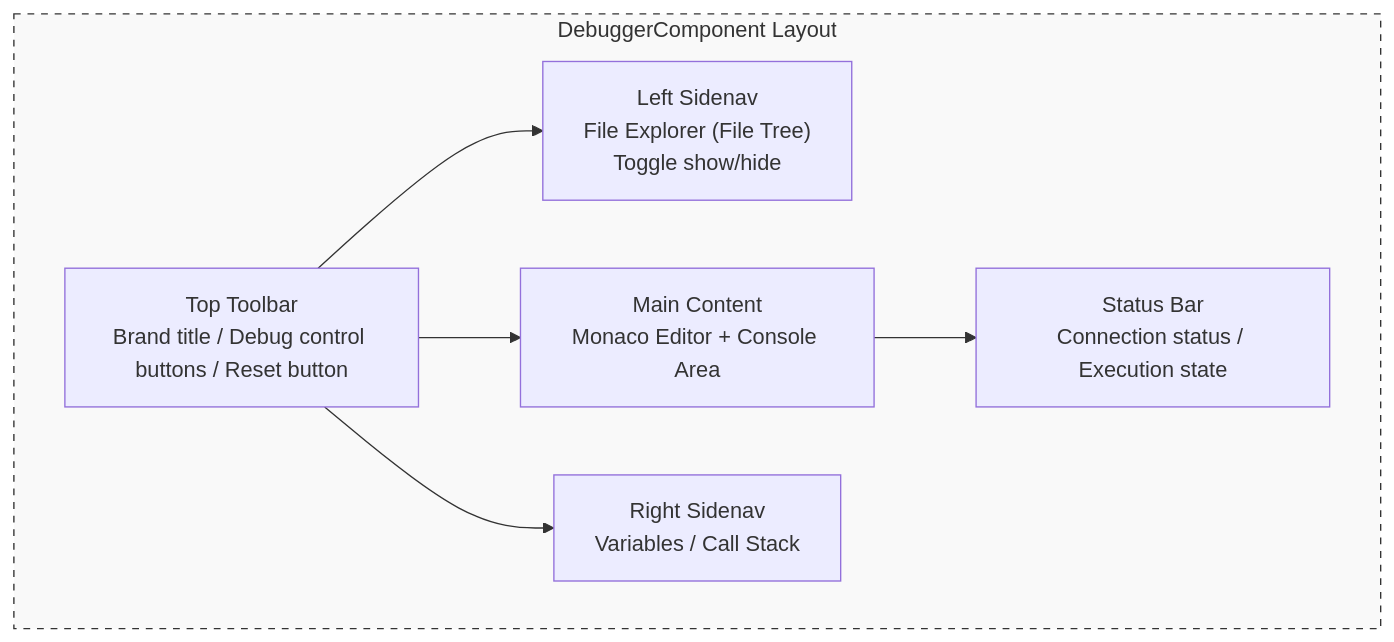
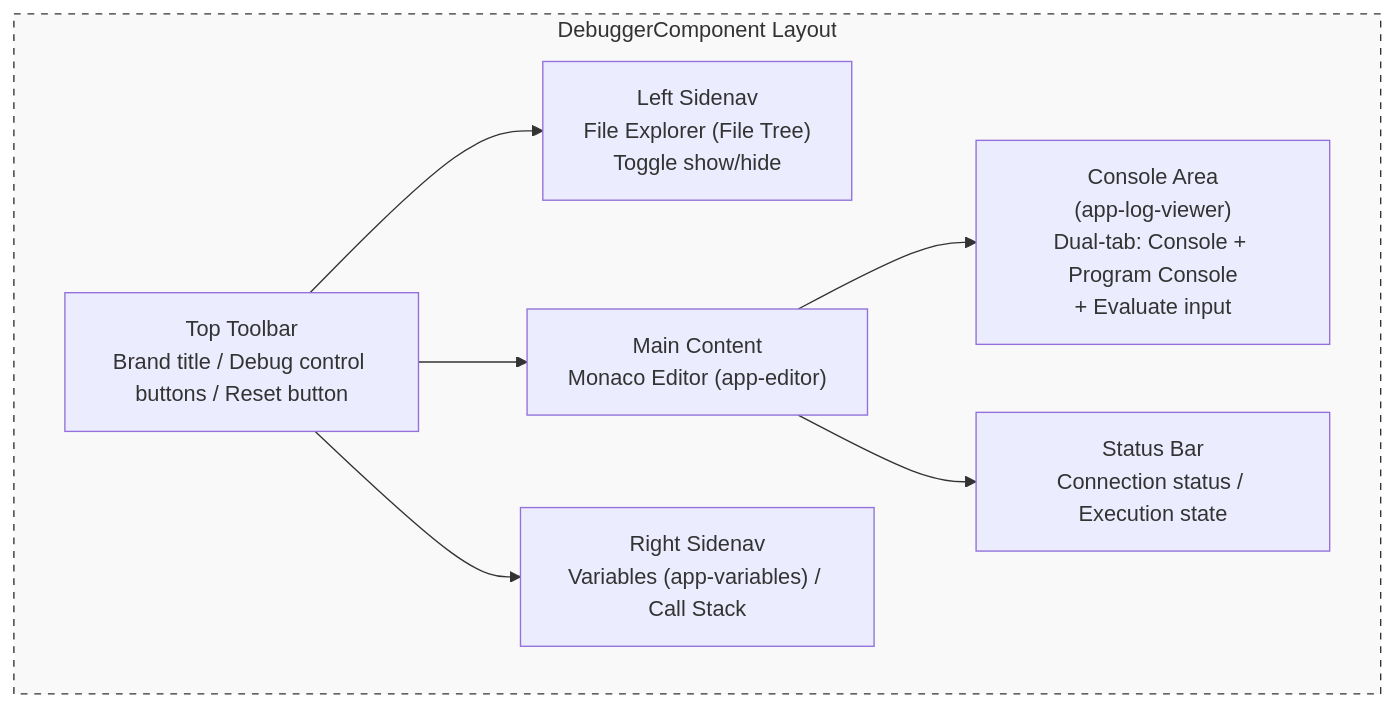
One commit to tangpo387-arch/taro-debugger changed the fifth of 9 diagrams in docs/architecture.md. Above: the diagram before and after it, drawn with Mermaid. The commit also changed other lines of this file and 9 other files, not shown here.

Commit message:
feat: implement LogViewerComponent for structured log inspection and console management

````diff
--- a/docs/architecture.md
+++ b/docs/architecture.md
@@ -239,17 +239,19 @@
 ```mermaid
 graph TD
     subgraph Layout ["DebuggerComponent Layout"]
         TB["Top Toolbar<br/>Brand title / Debug control buttons / Reset button"]
         LS["Left Sidenav<br/>File Explorer (File Tree)<br/>Toggle show/hide"]
-        MC["Main Content<br/>Monaco Editor + Console Area"]
-        RS["Right Sidenav<br/>Variables / Call Stack"]
+        MC["Main Content<br/>Monaco Editor (app-editor)"]
+        RS["Right Sidenav<br/>Variables (app-variables) / Call Stack"]
+        LV["Console Area<br/>(app-log-viewer)<br/>Dual-tab: Console + Program Console<br/>+ Evaluate input"]
         SB["Status Bar<br/>Connection status / Execution state"]
     end
 
     TB --> LS
     TB --> MC
     TB --> RS
+    MC --> LV
     MC --> SB
 
     style Layout fill:#f9f9f9,stroke:#333,stroke-dasharray: 5 5
 ```
````
